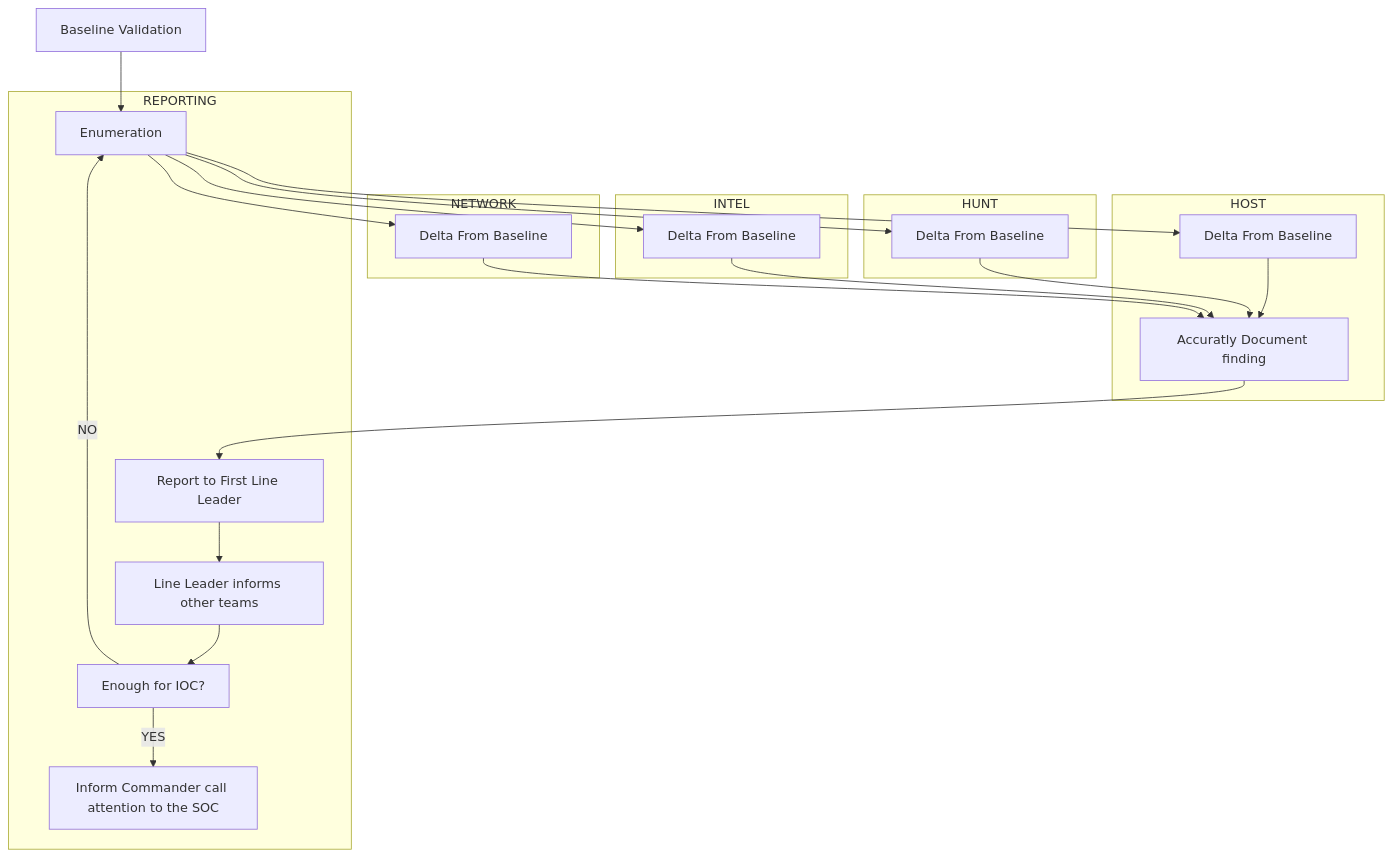
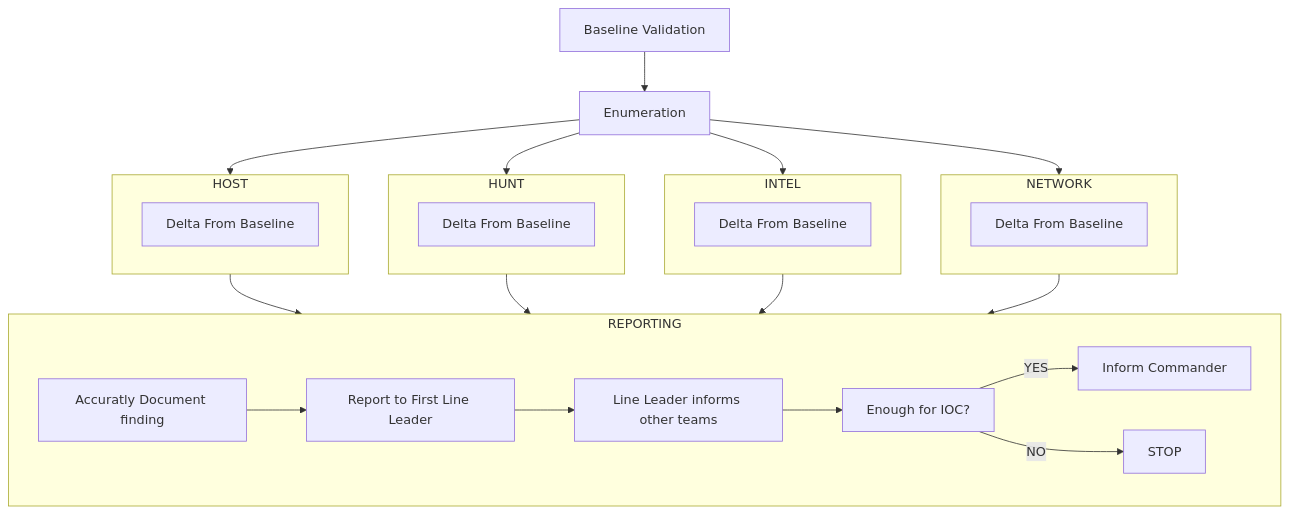
Before and after one commit to huntmckay/cyberflow: the diagram in team_flow.md, drawn with Mermaid.

Commit message:
fixes flow chart

````diff
--- a/team_flow.md
+++ b/team_flow.md
@@ -1,44 +1,45 @@
 ```mermaid
 ---
 Title: Scanning and Validation Flow
 ---
 flowchart TD
     A[Baseline Validation] --> B
     B[Enumeration]
 
-    subgraph HOST 
-    HOST1[Delta From Baseline] --> R1
+    subgraph HOST
+    HOST1[Delta From Baseline]
     end
 
-    subgraph HUNT 
-    HUNT1[Delta From Baseline] --> R1
+    subgraph HUNT
+    HUNT1[Delta From Baseline]
     end
 
-    subgraph INTEL 
-    INTEL1[Delta From Baseline] --> R1
+    subgraph INTEL
+    INTEL1[Delta From Baseline]
     end
 
-    subgraph NETWORK 
-    NETWORK1[Delta From Baseline] --> R1
+    subgraph NETWORK
+    NETWORK1[Delta From Baseline]
     end
 
-    B --> HOST1
-    B --> HUNT1
-    B --> INTEL1
-    B --> NETWORK1
+    B --> HOST
+    B --> HUNT
+    B --> INTEL
+    B --> NETWORK
+
+    HOST --> REPORTING
+    HUNT --> REPORTING
+    INTEL --> REPORTING
+    NETWORK --> REPORTING
 
     subgraph REPORTING
-    R1[Accuratly Document finding]
-    R2[Report to First Line Leader]
-    R3[Line Leader informs other teams]
-    R4[Enough for IOC?]
-    R5[Inform Commander call attention to the SOC]
-
-    R1 --> R2
-    R2 --> R3
-    R3 --> R4
+    R1[Accuratly Document finding] --> R2
+    R2[Report to First Line Leader] --> R3
+    R3[Line Leader informs other teams] --> R4
+    R4[Enough for IOC?] 
     R4 -- YES --> R5
-    R4 -- NO --> B
+    R4 -- NO --> R6
+    R5[Inform Commander]
+    R6[STOP]
     end
-
 ```
````
